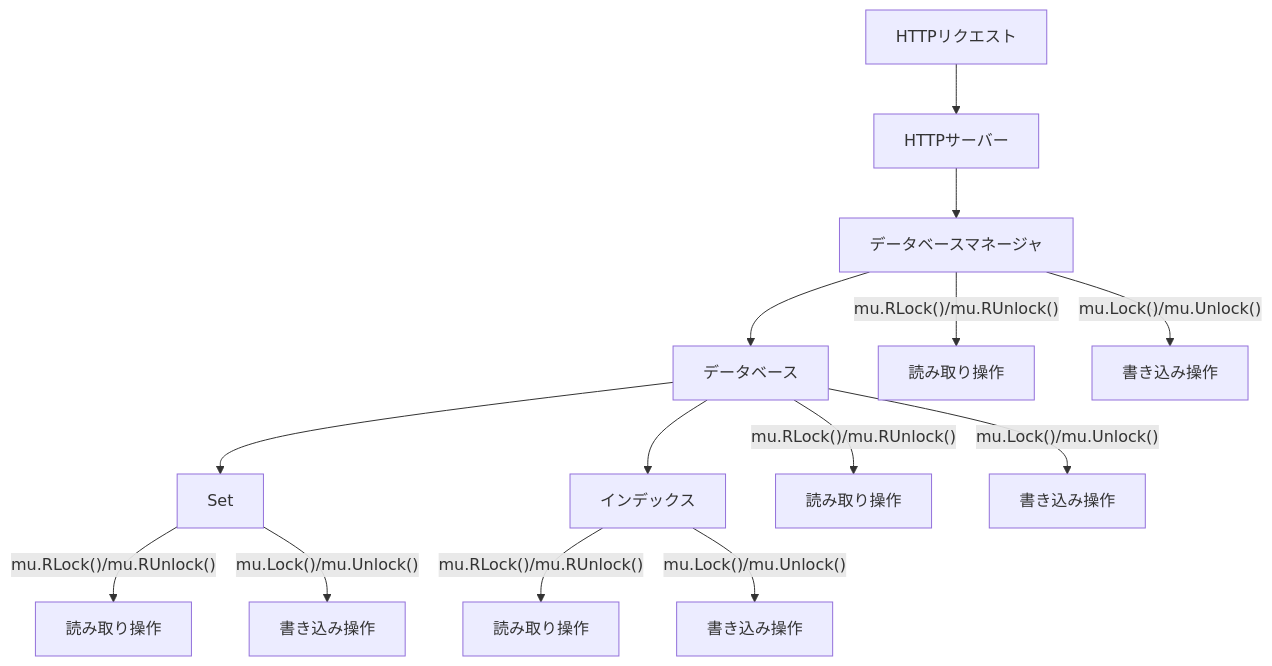
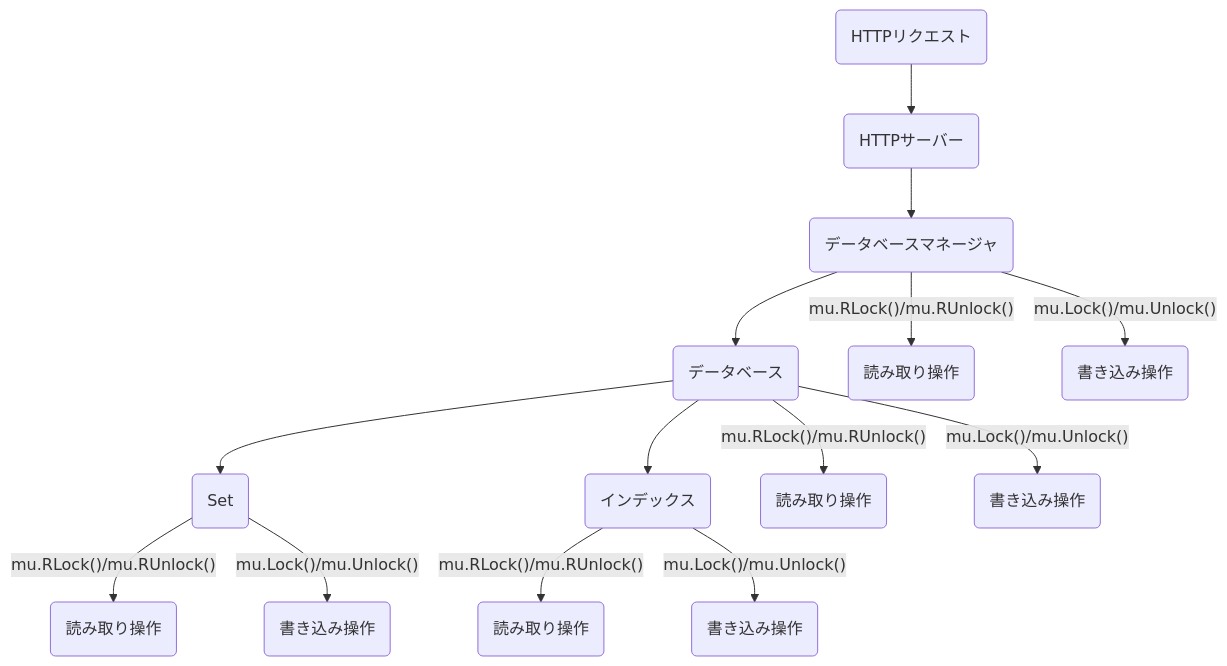
One commit to ssig33/fuckbase changed the first of 3 diagrams in textbooks/04_concurrency.md. Above: the diagram before and after it, drawn with Mermaid. The commit also changed 6 other files, not shown here.

Commit message:
Fix Mermaid diagrams in all textbooks by using parentheses for node text and curly braces for decision nodes

````diff
--- a/textbooks/04_concurrency.md
+++ b/textbooks/04_concurrency.md
@@ -19,20 +19,20 @@
 ```mermaid
 graph TD
-    A[HTTPリクエスト] --> B[HTTPサーバー]
-    B --> C[データベースマネージャ]
-    C --> D[データベース]
-    D --> E[Set]
-    D --> F[インデックス]
+    A("HTTPリクエスト") --> B("HTTPサーバー")
+    B --> C("データベースマネージャ")
+    C --> D("データベース")
+    D --> E("Set")
+    D --> F("インデックス")
     
-    C -- "mu.RLock()/mu.RUnlock()" --> G[読み取り操作]
-    C -- "mu.Lock()/mu.Unlock()" --> H[書き込み操作]
+    C -- "mu.RLock()/mu.RUnlock()" --> G("読み取り操作")
+    C -- "mu.Lock()/mu.Unlock()" --> H("書き込み操作")
     
-    D -- "mu.RLock()/mu.RUnlock()" --> I[読み取り操作]
-    D -- "mu.Lock()/mu.Unlock()" --> J[書き込み操作]
+    D -- "mu.RLock()/mu.RUnlock()" --> I("読み取り操作")
+    D -- "mu.Lock()/mu.Unlock()" --> J("書き込み操作")
     
-    E -- "mu.RLock()/mu.RUnlock()" --> K[読み取り操作]
-    E -- "mu.Lock()/mu.Unlock()" --> L[書き込み操作]
+    E -- "mu.RLock()/mu.RUnlock()" --> K("読み取り操作")
+    E -- "mu.Lock()/mu.Unlock()" --> L("書き込み操作")
     
-    F -- "mu.RLock()/mu.RUnlock()" --> M[読み取り操作]
-    F -- "mu.Lock()/mu.Unlock()" --> N[書き込み操作]
+    F -- "mu.RLock()/mu.RUnlock()" --> M("読み取り操作")
+    F -- "mu.Lock()/mu.Unlock()" --> N("書き込み操作")
 ```
````
